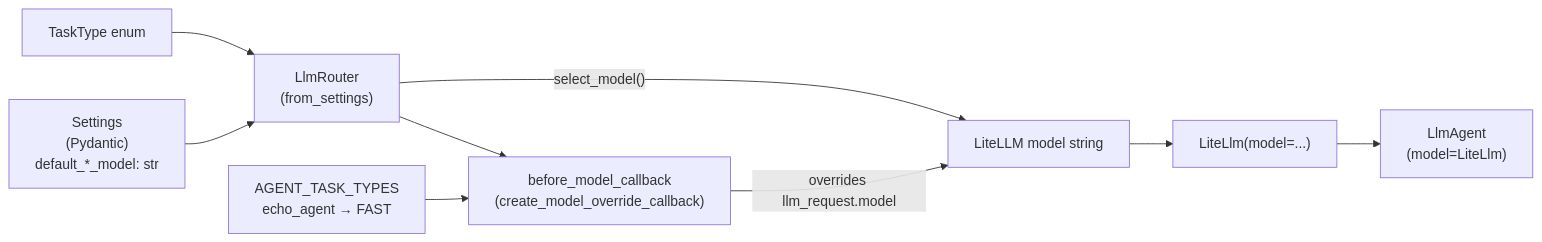
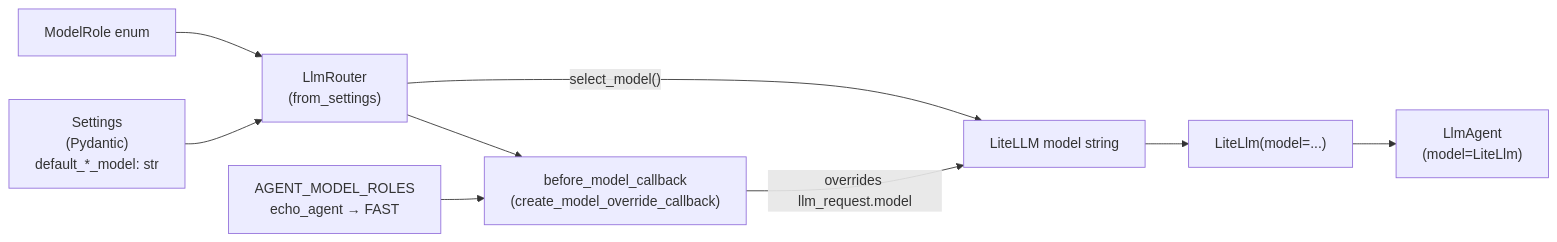
Before and after one commit to BechtelR/AutoBuilder: the third of 6 diagrams in .dev/build-phase/phase-3/model.md, drawn with Mermaid. The commit also changed other lines of this file and 51 other files, not shown here.

````diff
--- a/.dev/build-phase/phase-3/model.md
+++ b/.dev/build-phase/phase-3/model.md
@@ -429,20 +429,20 @@
 ```mermaid
 flowchart LR
     Settings["Settings\n(Pydantic)\ndefault_*_model: str"]
     Router["LlmRouter\n(from_settings)"]
-    TaskType["TaskType enum"]
+    ModelRole["ModelRole enum"]
     Callback["before_model_callback\n(create_model_override_callback)"]
-    AgentMap["AGENT_TASK_TYPES\necho_agent → FAST"]
+    AgentMap["AGENT_MODEL_ROLES\necho_agent → FAST"]
     ModelStr["LiteLLM model string"]
     LiteLlm["LiteLlm(model=...)"]
     EchoAgent["LlmAgent\n(model=LiteLlm)"]
 
     Settings --> Router
     Router --> Callback
     AgentMap --> Callback
     Callback -->|"overrides llm_request.model"| ModelStr
-    TaskType --> Router
+    ModelRole --> Router
     Router -->|"select_model()"| ModelStr
     ModelStr --> LiteLlm
     LiteLlm --> EchoAgent
 ```
````
